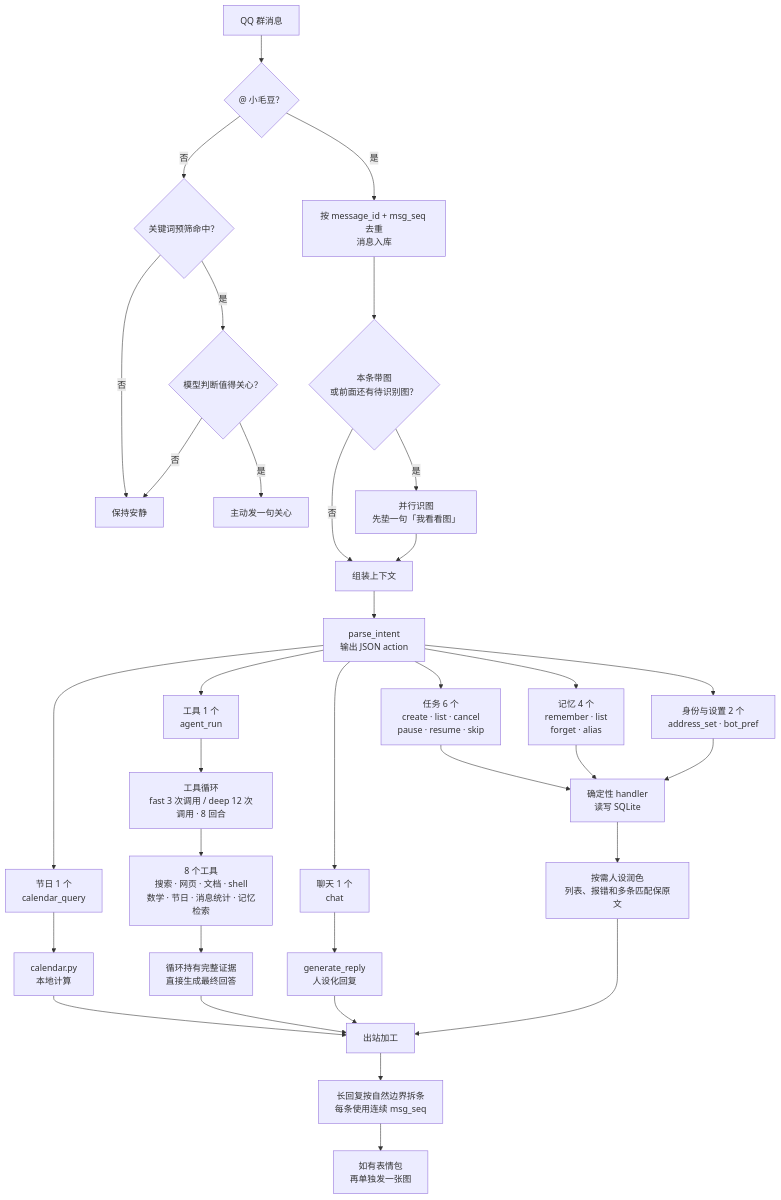
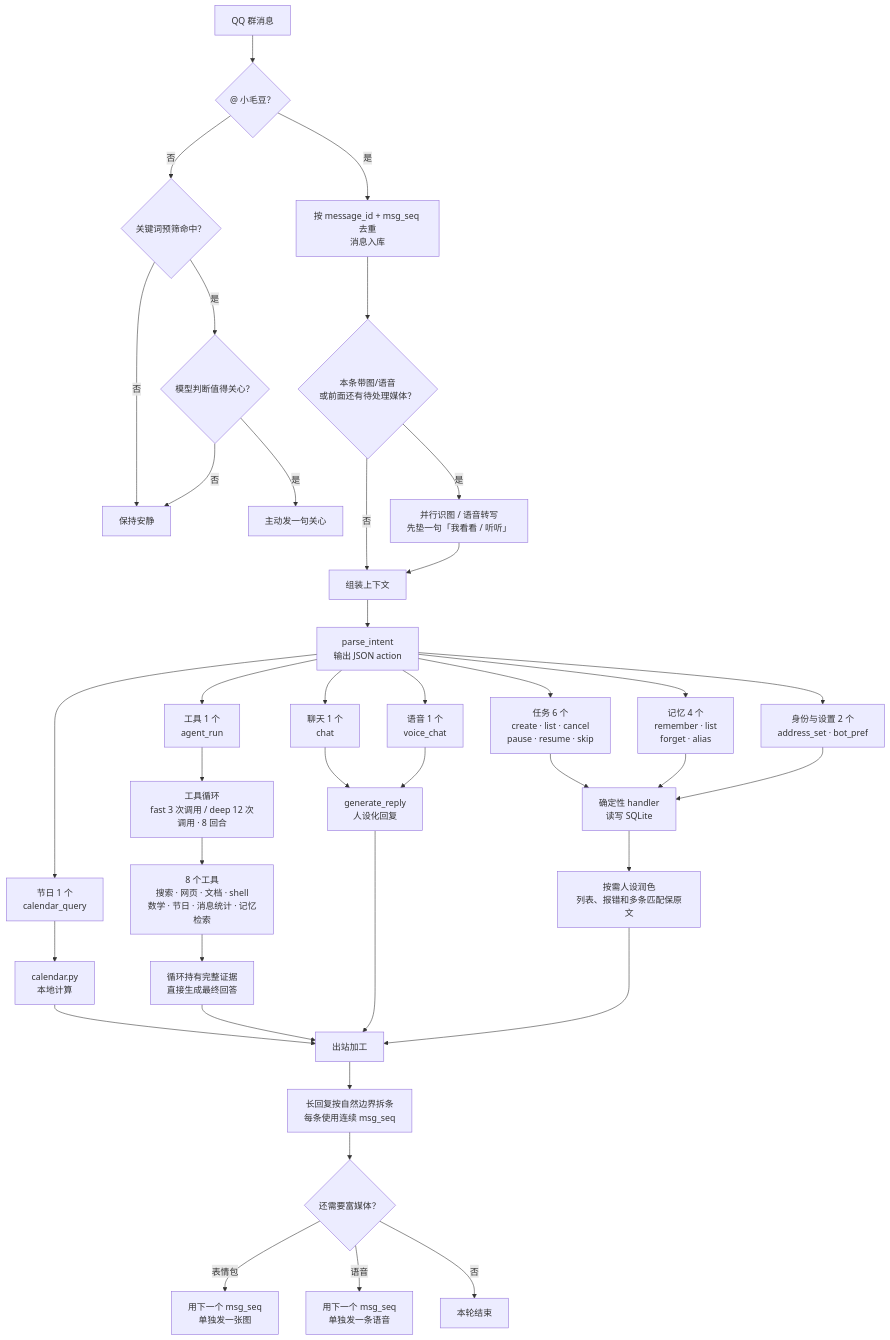
Before and after one commit to CLan-nad/qq-bot: the second of 2 diagrams in README.md, drawn with Mermaid. The commit also changed other lines of this file and 13 other files, not shown here.

````diff
--- a/README.md
+++ b/README.md
@@ -78,44 +83,49 @@
 ```mermaid
 flowchart TD
     QQ["QQ 群消息"] --> AT{"@ 小毛豆？"}
 
     AT -->|否| KEY{"关键词预筛命中？"}
     KEY -->|否| QUIET["保持安静"]
     KEY -->|是| CARE{"模型判断值得关心？"}
     CARE -->|是| CARE_YES["主动发一句关心"]
     CARE -->|否| QUIET
 
     AT -->|是| SAVE["按 message_id + msg_seq 去重<br/>消息入库"]
-    SAVE --> IMG{"本条带图<br/>或前面还有待识别图？"}
-    IMG -->|是| VISION["并行识图<br/>先垫一句「我看看图」"]
-    IMG -->|否| CTX["组装上下文"]
-    VISION --> CTX
+    SAVE --> MEDIA{"本条带图/语音<br/>或前面还有待处理媒体？"}
+    MEDIA -->|是| READ["并行识图 / 语音转写<br/>先垫一句「我看看 / 听听」"]
+    MEDIA -->|否| CTX["组装上下文"]
+    READ --> CTX
     CTX --> INTENT["parse_intent<br/>输出 JSON action"]
 
     INTENT --> TASK["任务 6 个<br/>create · list · cancel<br/>pause · resume · skip"]
     INTENT --> MEMORY["记忆 4 个<br/>remember · list<br/>forget · alias"]
     INTENT --> PREF["身份与设置 2 个<br/>address_set · bot_pref"]
     INTENT --> CALENDAR["节日 1 个<br/>calendar_query"]
     INTENT --> AGENT["工具 1 个<br/>agent_run"]
+    INTENT --> VOICE["语音 1 个<br/>voice_chat"]
     INTENT --> CHAT["聊天 1 个<br/>chat"]
 
     TASK --> LOCAL["确定性 handler<br/>读写 SQLite"]
     MEMORY --> LOCAL
     PREF --> LOCAL
     CALENDAR --> CALC["calendar.py<br/>本地计算"]
 
     AGENT --> LOOP["工具循环<br/>fast 3 次调用 / deep 12 次调用 · 8 回合"]
     LOOP --> TOOLS["8 个工具<br/>搜索 · 网页 · 文档 · shell<br/>数学 · 节日 · 消息统计 · 记忆检索"]
     TOOLS --> TOOL_REPLY["循环持有完整证据<br/>直接生成最终回答"]
 
     CHAT --> REPLY["generate_reply<br/>人设化回复"]
+    VOICE --> REPLY
 
     LOCAL --> POLISH["按需人设润色<br/>列表、报错和多条匹配保原文"]
     CALC --> FINAL["出站加工"]
     TOOL_REPLY --> FINAL
     REPLY --> FINAL
     POLISH --> FINAL
 
     FINAL --> TEXT["长回复按自然边界拆条<br/>每条使用连续 msg_seq"]
-    TEXT --> STICKER["如有表情包<br/>再单独发一张图"]
+    TEXT --> EXTRA{"还需要富媒体？"}
+    EXTRA -->|表情包| STICKER["用下一个 msg_seq<br/>单独发一张图"]
+    EXTRA -->|语音| SPEECH["用下一个 msg_seq<br/>单独发一条语音"]
+    EXTRA -->|否| DONE["本轮结束"]
 ```
````
